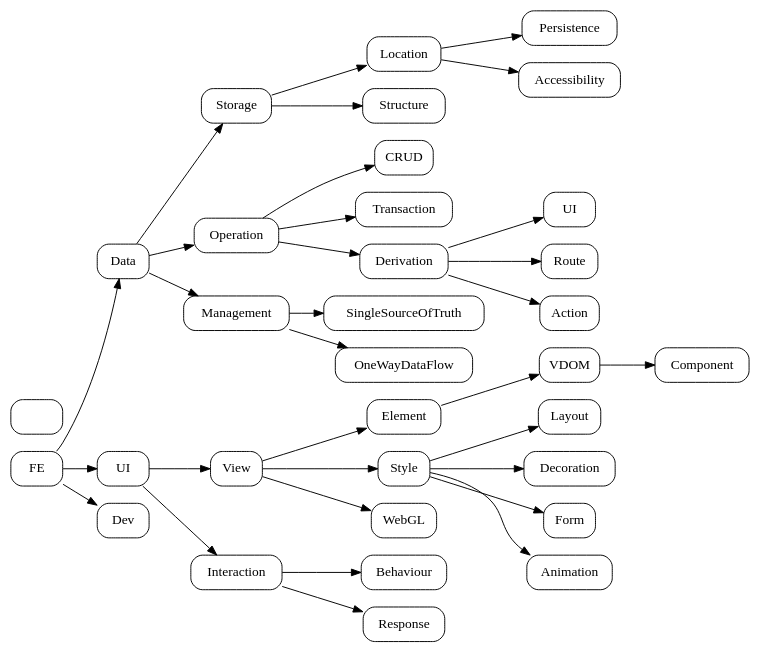
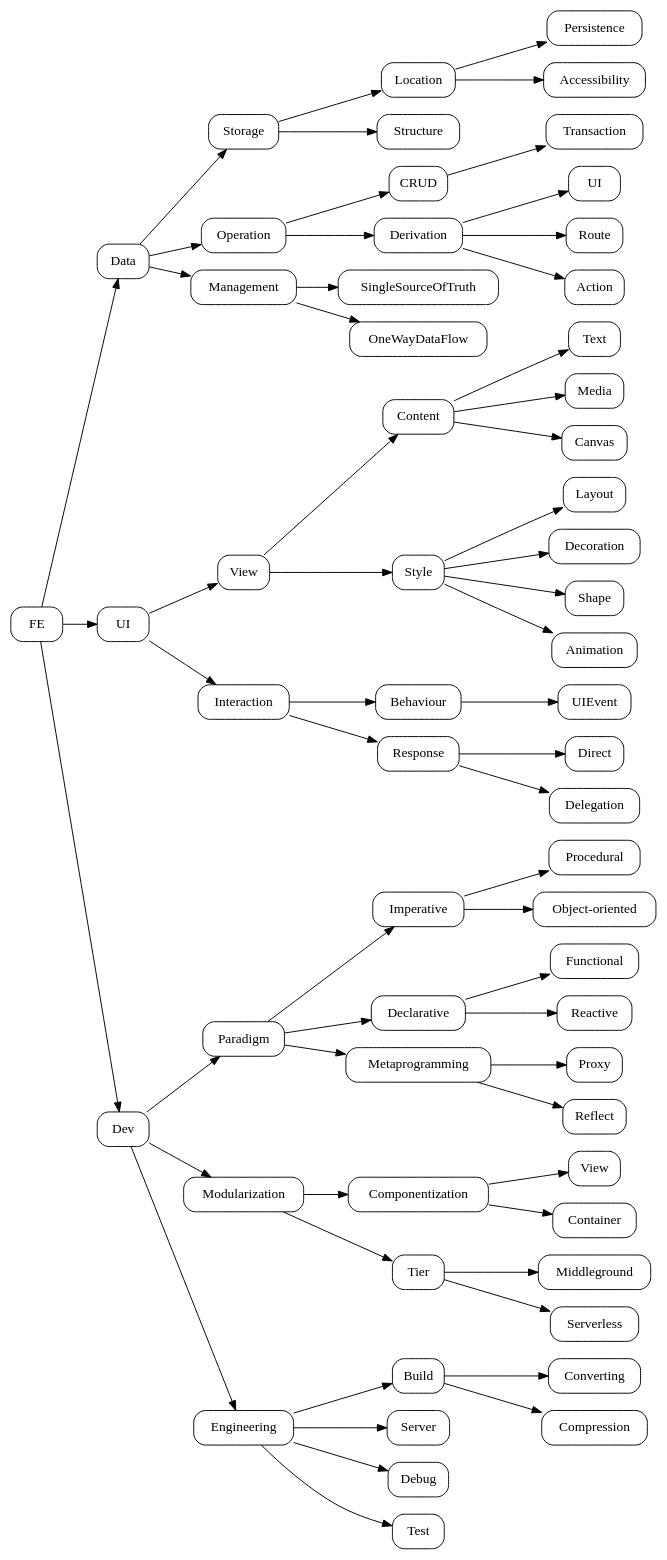
Before and after one commit to xhlsrj/psychic-journey: the diagram in FE.TechArea.dot, drawn with Graphviz.

```diff
--- a/FE.TechArea.dot
+++ b/FE.TechArea.dot
@@ -1,68 +1,106 @@
 digraph FE{
   rankdir=LR
   node [shape="box",style="rounded"]
   {
     "Data.Data"[label="Data"]
     "UI.UI"[label="UI"]
     "Dev.Dev"[label="Dev"]
   }
 
   FE->{"Data.Data","UI.UI","Dev.Dev"}
 
   // Data
   {
     "Data.Storage"[label="Storage"]
       "Data.Location"[label="Location"]
         "Data.Persistence"[label="Persistence"]
         "Data.Accessibility"[label="Accessibility"]
       "Data.Structure"[label="Structure"]
     "Data.Operation"[label="Operation"]
       "Data.CRUD"[label="CRUD"]
       "Data.Transaction"[label="Transaction"]
       "Data.Derivation"[label="Derivation"]
         "Data.UI"[label="UI"]
         "Data.Route"[label="Route"]
         "Data.Action"[label="Action"]
     "Data.Management"[label="Management"]
       "Data.SingleSourceOfTruth"[label="SingleSourceOfTruth"]
       "Data.OneWayDataFlow"[label="OneWayDataFlow"]
   }
 
   {"Data.Data"}->{"Data.Storage","Data.Operation","Data.Management"}
     {"Data.Storage"}->{"Data.Location","Data.Structure"}
       {"Data.Location"}->{"Data.Persistence","Data.Accessibility"}
-    {"Data.Operation"}->{"Data.CRUD","Data.Transaction","Data.Derivation"}
+    {"Data.Operation"}->{"Data.CRUD","Data.Derivation"}
+      {"Data.CRUD"}->{"Data.Transaction"}
       {"Data.Derivation"}->{"Data.UI","Data.Route","Data.Action"}
     {"Data.Management"}->{"Data.SingleSourceOfTruth","Data.OneWayDataFlow"}
 
 
   // UI
   {
     "UI.View"[label="View"]
-      "UI.Element"[label="Element"]
-        "UI.VDOM"[label="VDOM"]
-          "UI.Component"[label="Component"]
+      "UI.Content"[label="Content"]
+        "UI.Text"[label="Text"]
+        "UI.Media"[label="Media"]
+        "UI.Canvas"[label="Canvas"]
       "UI.Style"[label="Style"]
         "UI.Layout"[label="Layout"]
         "UI.Decoration"[label="Decoration"]
-        "UI.Form"[label="Form"]
+        "UI.Shape"[label="Shape"]
         "UI.Animation"[label="Animation"]
-      "UI.WebGL"[label="WebGL"]
     "UI.Interaction"[label="Interaction"]
       "UI.Behaviour"[label="Behaviour"]
+        "UI.UIEvent"[label="UIEvent"]
       "UI.Response"[label="Response"]
+        "UI.Direct"[label="Direct"]
+        "UI.Delegation"[label="Delegation"]
   }
 
   {"UI.UI"}->{"UI.View","UI.Interaction"}
-    {"UI.View"}->{"UI.Element","UI.Style","UI.WebGL"}
-      {"UI.Element"}->{"UI.VDOM"}->{"UI.Component"}
-      {"UI.Style"}->{"UI.Layout","UI.Decoration","UI.Form","UI.Animation"}
+    {"UI.View"}->{"UI.Content","UI.Style"}
+      {"UI.Content"}->{"UI.Text","UI.Media","UI.Canvas"}
+      {"UI.Style"}->{"UI.Layout","UI.Decoration","UI.Shape","UI.Animation"}
     {"UI.Interaction"}->{"UI.Behaviour","UI.Response"}
+      {"UI.Behaviour"}->{"UI.UIEvent"}
+      {"UI.Response"}->{"UI.Direct","UI.Delegation"}
 
   // Dev
   {
-    "Dev."[label=""]
+    "Dev.Paradigm"[label="Paradigm"]
+      "Dev.Imperative"[label="Imperative"]
+        "Dev.Procedural"[label="Procedural"]
+        "Dev.Object-oriented"[label="Object-oriented"]
+      "Dev.Declarative"[label="Declarative"]
+        "Dev.Functional"[label="Functional"]
+        "Dev.Reactive"[label="Reactive"]
+      "Dev.Metaprogramming"[label="Metaprogramming"]
+        "Dev.Proxy"[label="Proxy"]
+        "Dev.Reflect"[label="Reflect"]
+    "Dev.Modularization"[label="Modularization"]
+      "Dev.Componentization"[label="Componentization"]
+        "Dev.View"[label="View"]
+        "Dev.Container"[label="Container"]
+      "Dev.Tier"[label="Tier"]
+        "Dev.Middleground"[label="Middleground"]
+        "Dev.Serverless"[label="Serverless"]
+    "Dev.Engineering"[label="Engineering"]
+      "Dev.Build"[label="Build"]
+        "Dev.Converting"[label="Converting"]
+        "Dev.Compression"[label="Compression"]
+      "Dev.Server"[label="Server"]
+      "Dev.Debug"[label="Debug"]
+      "Dev.Test"[label="Test"]
   }
 
-  {"Dev.Dev"}
+  {"Dev.Dev"}->{"Dev.Paradigm","Dev.Modularization","Dev.Engineering"}
+    {"Dev.Paradigm"}->{"Dev.Imperative","Dev.Declarative","Dev.Metaprogramming"}
+      {"Dev.Imperative"}->{"Dev.Procedural","Dev.Object-oriented"}
+      {"Dev.Declarative"}->{"Dev.Functional","Dev.Reactive"}
+      {"Dev.Metaprogramming"}->{"Dev.Proxy","Dev.Reflect"}
+    {"Dev.Modularization"}->{"Dev.Componentization","Dev.Tier"}
+      {"Dev.Componentization"}->{"Dev.View","Dev.Container"}
+      {"Dev.Tier"}->{"Dev.Middleground","Dev.Serverless"}
+    {"Dev.Engineering"}->{"Dev.Build","Dev.Server","Dev.Debug","Dev.Test"}
+      {"Dev.Build"}->{"Dev.Converting","Dev.Compression"}
 }
```
